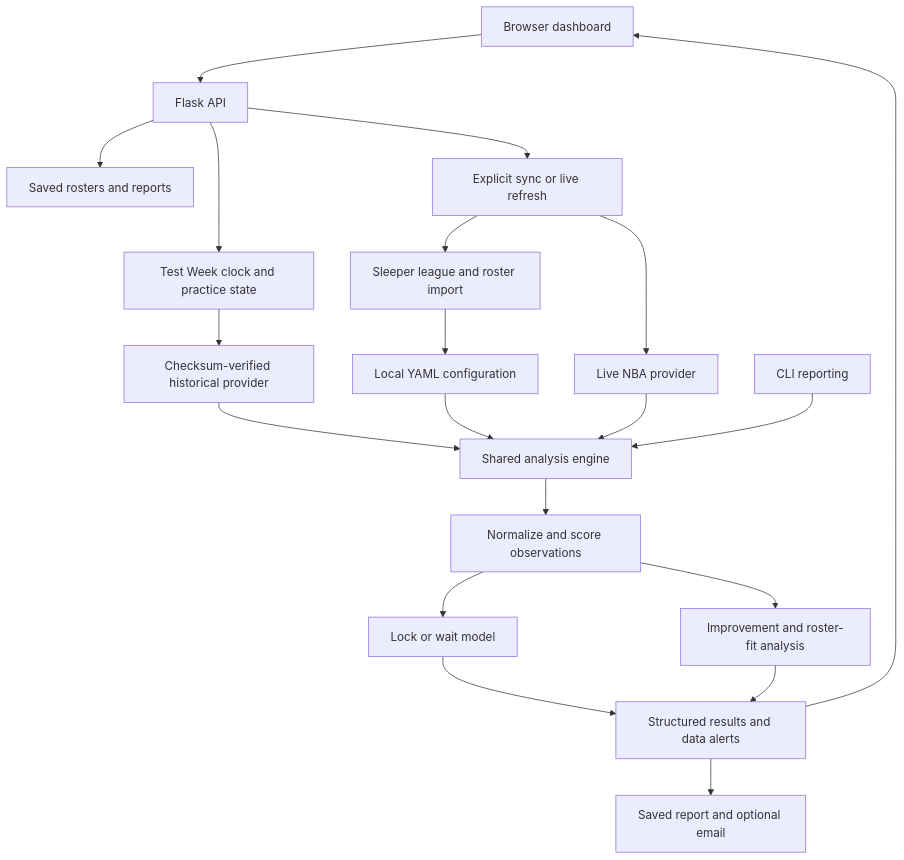
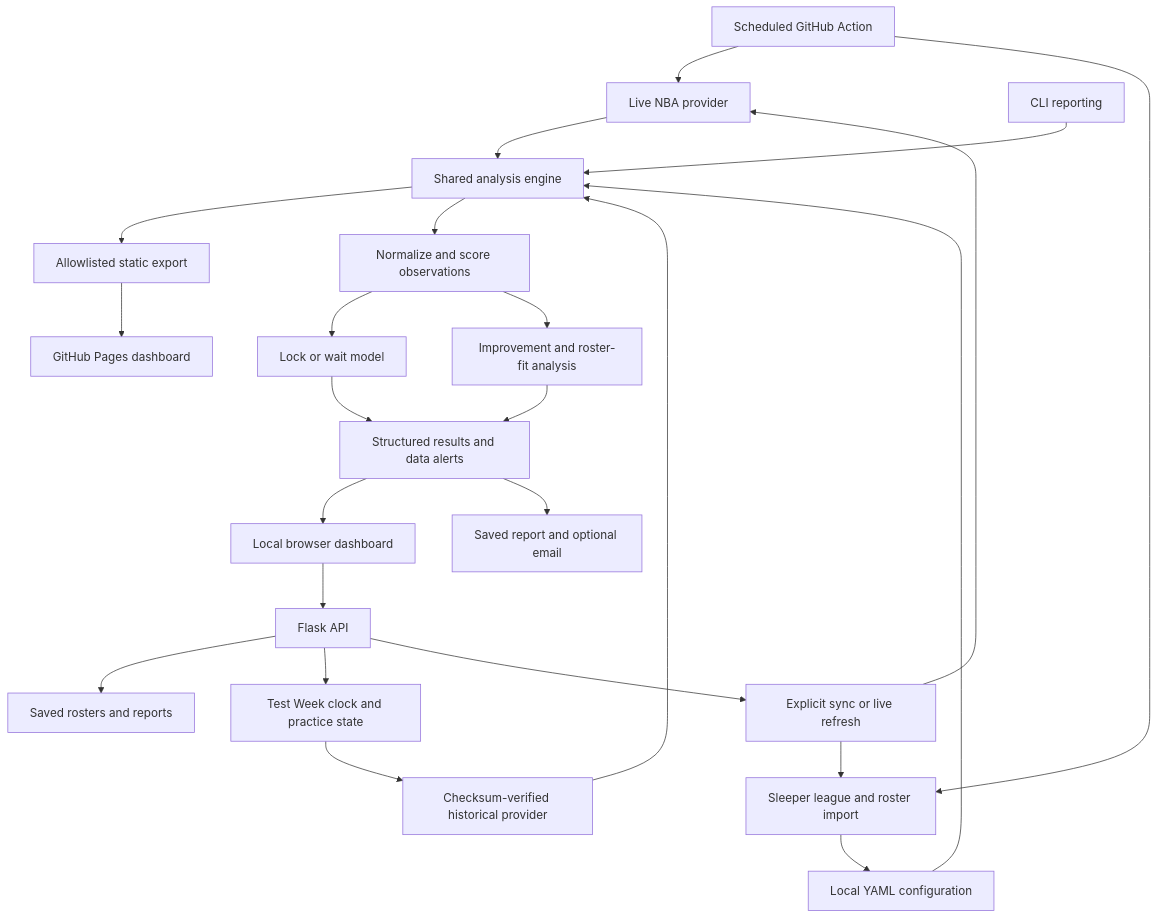
One commit to mkodithuwakku/LockInModel changed the diagram in README.md. Above: the diagram before and after it, drawn with Mermaid. The commit also changed other lines of this file and 13 other files, not shown here.

Commit message:
Publish scheduled read-only dashboard on GitHub Pages

````diff
--- a/README.md
+++ b/README.md
@@ -57,22 +60,26 @@
 ```mermaid
 flowchart TD
-    UI[Browser dashboard] --> API[Flask API]
+    Scheduled[Scheduled GitHub Action] --> Live
+    Scheduled --> Sleeper
+    Engine --> Export[Allowlisted static export]
+    Export --> Pages[GitHub Pages dashboard]
+    UI[Local browser dashboard] --> API[Flask API]
     API --> Saved[Saved rosters and reports]
     API --> Practice[Test Week clock and practice state]
     API --> Jobs[Explicit sync or live refresh]
     Jobs --> Sleeper[Sleeper league and roster import]
     Sleeper --> Config[Local YAML configuration]
     Jobs --> Live[Live NBA provider]
     Practice --> Fixture[Checksum-verified historical provider]
     Live --> Engine[Shared analysis engine]
     Fixture --> Engine
     Config --> Engine
     Engine --> Score[Normalize and score observations]
     Score --> Lock[Lock or wait model]
     Score --> Pickups[Improvement and roster-fit analysis]
     Lock --> Report[Structured results and data alerts]
     Pickups --> Report
     Report --> UI
     CLI[CLI reporting] --> Engine
     Report --> Disk[Saved report and optional email]
 ```
````
